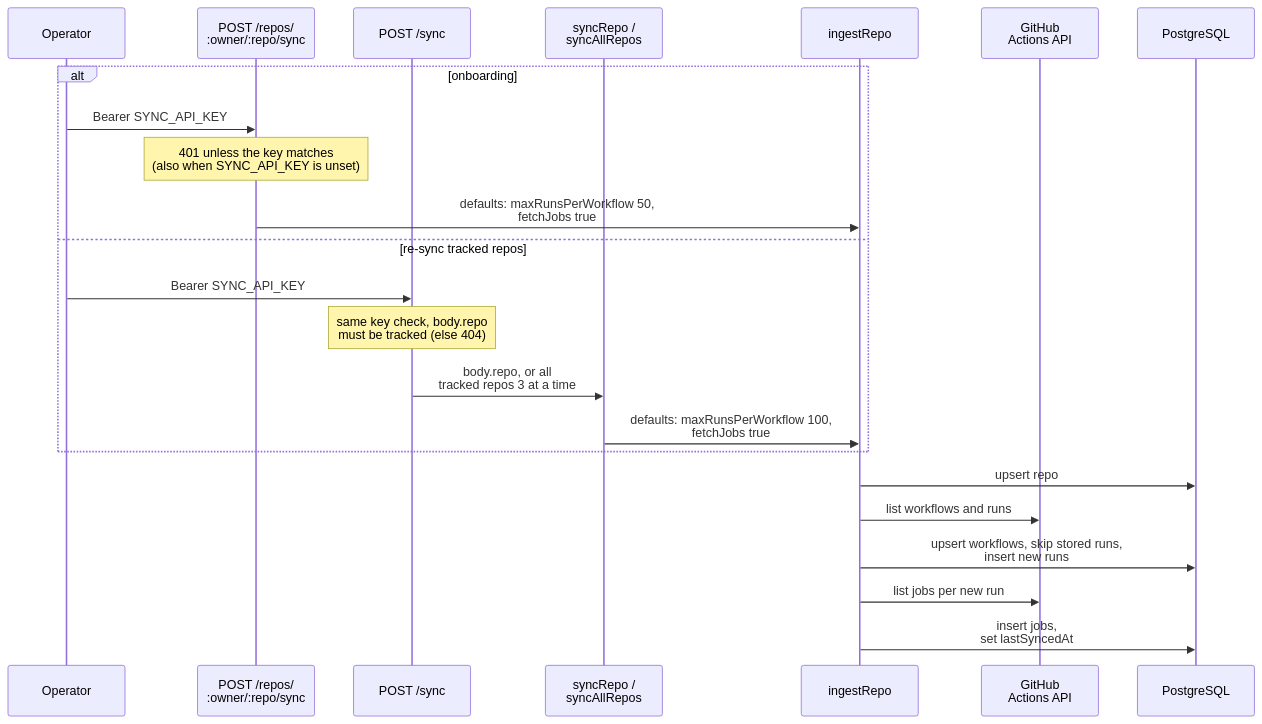
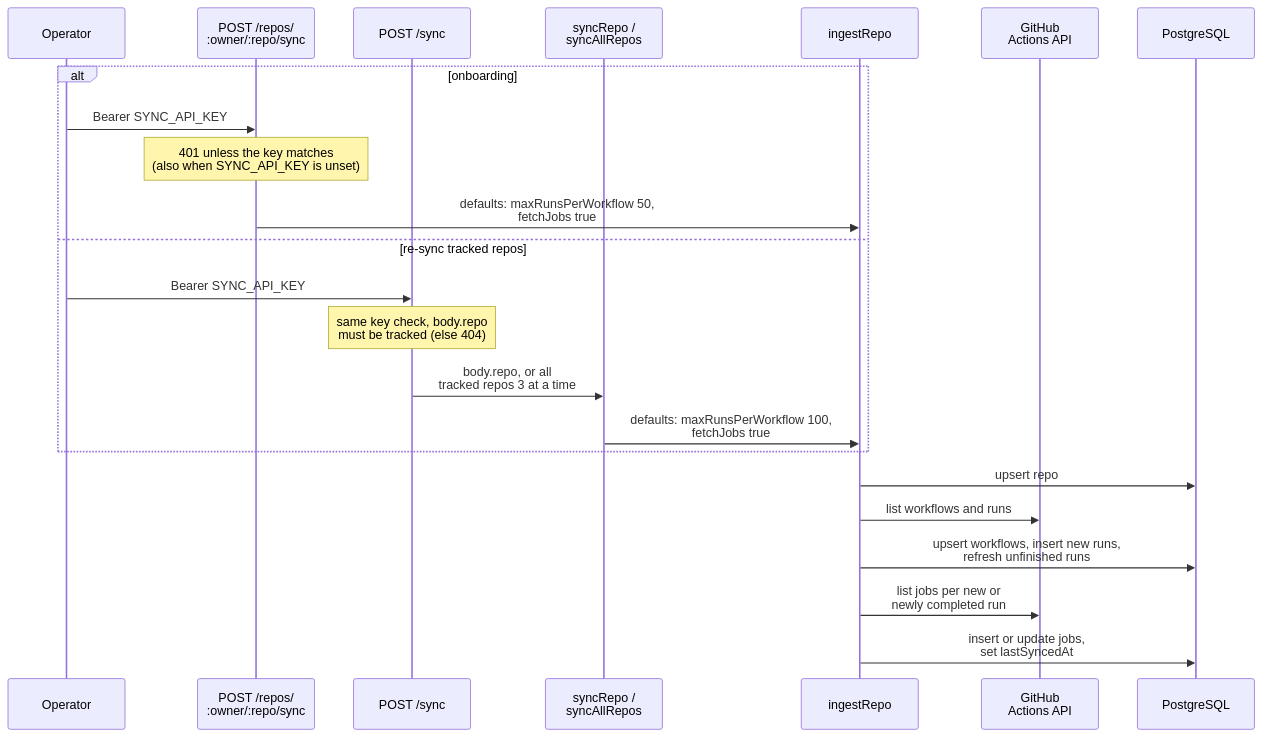
One commit to LanNguyenSi/repo-intelligence changed the diagram in packages/ci-insights/README.md. Above: the diagram before and after it, drawn with Mermaid. The commit also changed other lines of this file and 16 other files, not shown here.

First line of the commit message:
fix: ci-insights re-syncs unfinished runs, devreview honours config min-score, strings match behaviour (#63)

````diff
--- a/packages/ci-insights/README.md
+++ b/packages/ci-insights/README.md
@@ -74,25 +74,25 @@
 ```mermaid
 sequenceDiagram
   participant Op as Operator
   participant R1 as POST /repos/<br/>:owner/:repo/sync
   participant R2 as POST /sync
   participant Sch as syncRepo /<br/>syncAllRepos
   participant Ing as ingestRepo
   participant GH as GitHub<br/>Actions API
   participant DB as PostgreSQL
   alt onboarding
     Op->>R1: Bearer SYNC_API_KEY
     Note over R1: 401 unless the key matches<br/>(also when SYNC_API_KEY is unset)
     R1->>Ing: defaults: maxRunsPerWorkflow 50,<br/>fetchJobs true
   else re-sync tracked repos
     Op->>R2: Bearer SYNC_API_KEY
     Note over R2: same key check, body.repo<br/>must be tracked (else 404)
     R2->>Sch: body.repo, or all<br/>tracked repos 3 at a time
     Sch->>Ing: defaults: maxRunsPerWorkflow 100,<br/>fetchJobs true
   end
   Ing->>DB: upsert repo
   Ing->>GH: list workflows and runs
-  Ing->>DB: upsert workflows, skip stored runs,<br/>insert new runs
-  Ing->>GH: list jobs per new run
-  Ing->>DB: insert jobs,<br/>set lastSyncedAt
+  Ing->>DB: upsert workflows, insert new runs,<br/>refresh unfinished runs
+  Ing->>GH: list jobs per new or<br/>newly completed run
+  Ing->>DB: insert or update jobs,<br/>set lastSyncedAt
 ```
````
